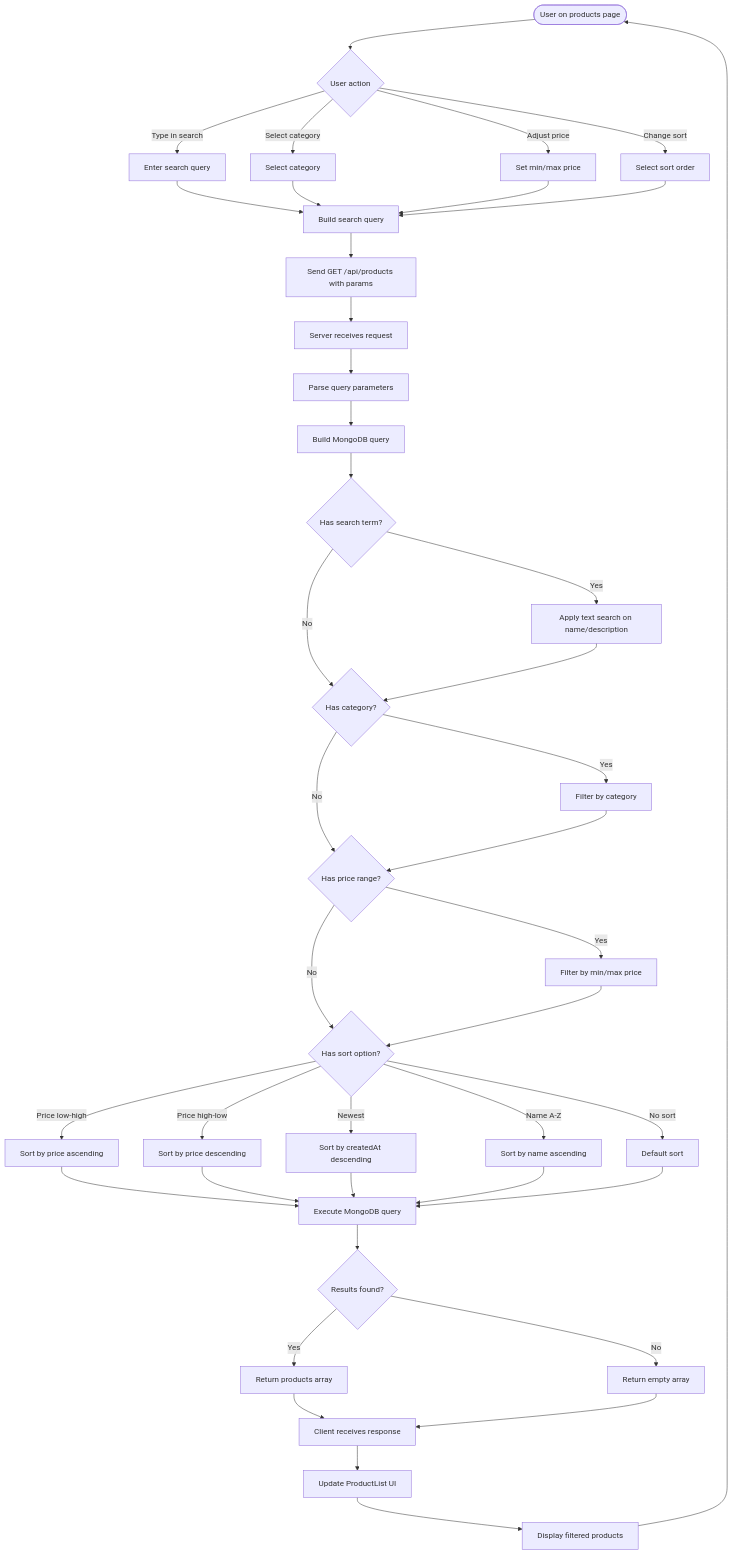
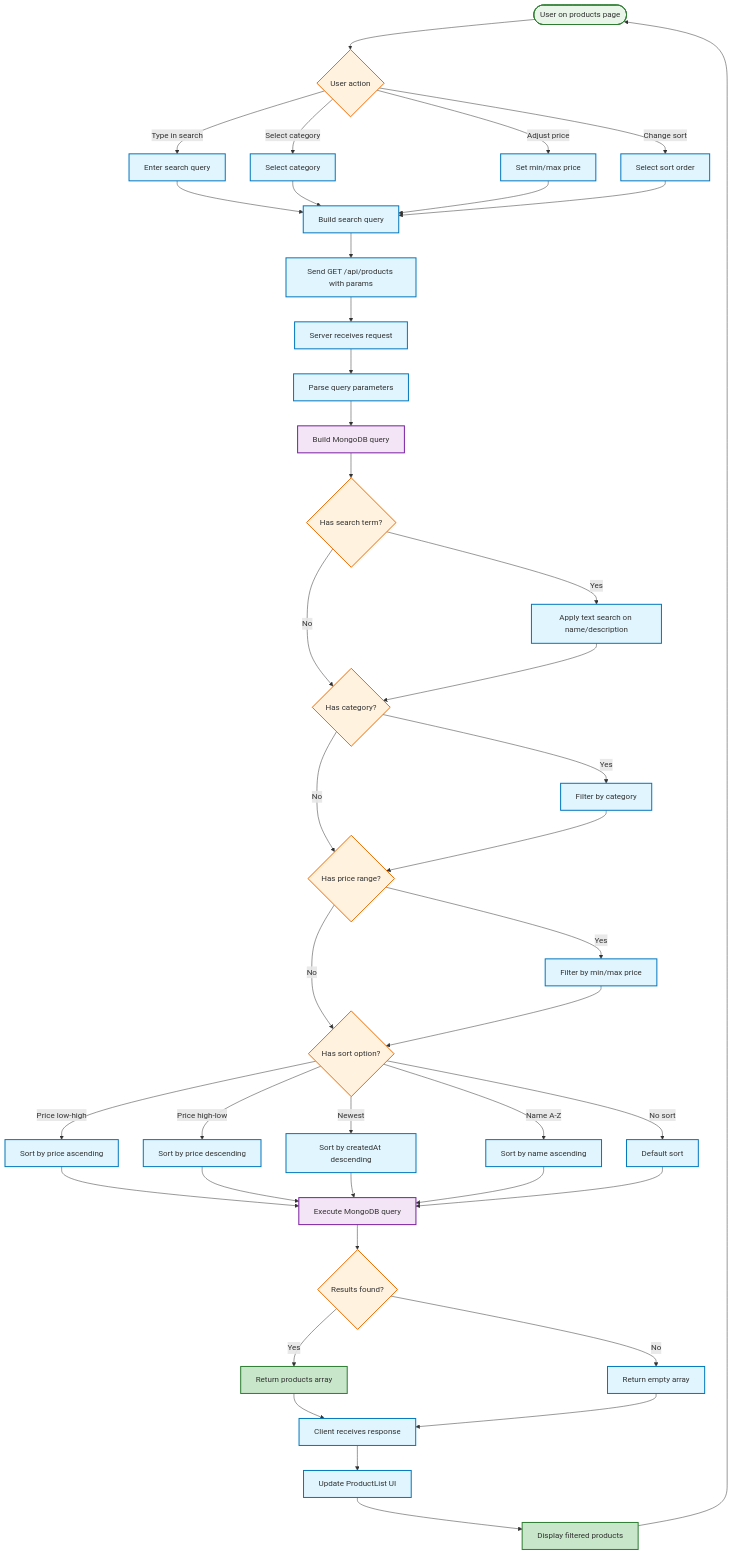
Before and after one commit to shmuelkapiloff/simple-: diagram 12 of 16 in docs/SYSTEM_MAP.md, drawn with Mermaid. The commit also changed other lines of this file, not shown here.

Commit message:
style: Add comprehensive styling and colors to all flowcharts - Security, Search, Email, Admin, Payment, and Token Refresh flows

````diff
--- a/docs/SYSTEM_MAP.md
+++ b/docs/SYSTEM_MAP.md
@@ -980,57 +1033,70 @@
 ```mermaid
 flowchart TD
     UserBrowse([User on products page]) --> SearchOrFilter{User action}
     
     SearchOrFilter -->|Type in search| SearchInput[Enter search query]
     SearchOrFilter -->|Select category| CategoryFilter[Select category]
     SearchOrFilter -->|Adjust price| PriceRange[Set min/max price]
     SearchOrFilter -->|Change sort| SortOption[Select sort order]
     
     SearchInput --> BuildQuery[Build search query]
     CategoryFilter --> BuildQuery
     PriceRange --> BuildQuery
     SortOption --> BuildQuery
     
     BuildQuery --> SendRequest[Send GET /api/products with params]
     SendRequest --> ServerReceive[Server receives request]
     
     ServerReceive --> ParseParams[Parse query parameters]
     ParseParams --> BuildMongoQuery[Build MongoDB query]
     
     BuildMongoQuery --> ApplySearch{Has search term?}
     ApplySearch -->|Yes| TextSearch[Apply text search on name/description]
     ApplySearch -->|No| ApplyCategory
     
     TextSearch --> ApplyCategory{Has category?}
     ApplyCategory -->|Yes| FilterCategory[Filter by category]
     ApplyCategory -->|No| ApplyPrice
     
     FilterCategory --> ApplyPrice{Has price range?}
     ApplyPrice -->|Yes| FilterPrice[Filter by min/max price]
     ApplyPrice -->|No| ApplySort
     
     FilterPrice --> ApplySort{Has sort option?}
     ApplySort -->|Price low-high| SortPriceAsc[Sort by price ascending]
     ApplySort -->|Price high-low| SortPriceDesc[Sort by price descending]
     ApplySort -->|Newest| SortNewest[Sort by createdAt descending]
     ApplySort -->|Name A-Z| SortName[Sort by name ascending]
     ApplySort -->|No sort| DefaultSort[Default sort]
     
     SortPriceAsc --> ExecuteQuery[Execute MongoDB query]
     SortPriceDesc --> ExecuteQuery
     SortNewest --> ExecuteQuery
     SortName --> ExecuteQuery
     DefaultSort --> ExecuteQuery
     
     ExecuteQuery --> CheckResults{Results found?}
     CheckResults -->|Yes| ReturnProducts[Return products array]
     CheckResults -->|No| ReturnEmpty[Return empty array]
     
     ReturnProducts --> ClientReceive[Client receives response]
     ReturnEmpty --> ClientReceive
     
     ClientReceive --> UpdateUI[Update ProductList UI]
     UpdateUI --> ShowResults[Display filtered products]
     
     ShowResults --> UserBrowse
+    
+    %% Styling
+    classDef success fill:#c8e6c9,stroke:#2e7d32,stroke-width:2px
+    classDef process fill:#e1f5fe,stroke:#0277bd,stroke-width:2px
+    classDef decision fill:#fff3e0,stroke:#ef6c00,stroke-width:2px
+    classDef database fill:#f3e5f5,stroke:#7b1fa2,stroke-width:2px
+    classDef start fill:#e8f5e8,stroke:#2e7d32,stroke-width:2px
+
+    class UserBrowse start
+    class SearchOrFilter,ApplySearch,ApplyCategory,ApplyPrice,ApplySort,CheckResults decision
+    class SearchInput,CategoryFilter,PriceRange,SortOption,BuildQuery,SendRequest,ServerReceive,ParseParams,BuildMongoQuery,TextSearch,FilterCategory,FilterPrice,SortPriceAsc,SortPriceDesc,SortNewest,SortName,DefaultSort,ReturnProducts,ReturnEmpty,ClientReceive,UpdateUI,ShowResults process
+    class ReturnProducts,ShowResults success
+    class ExecuteQuery,BuildMongoQuery database
 ```
````
